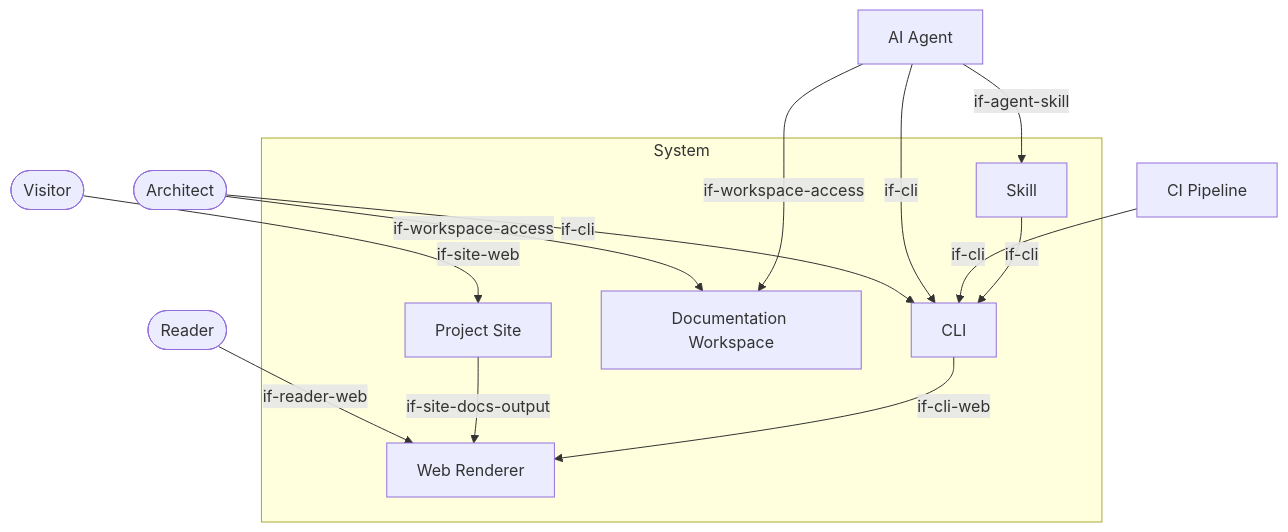
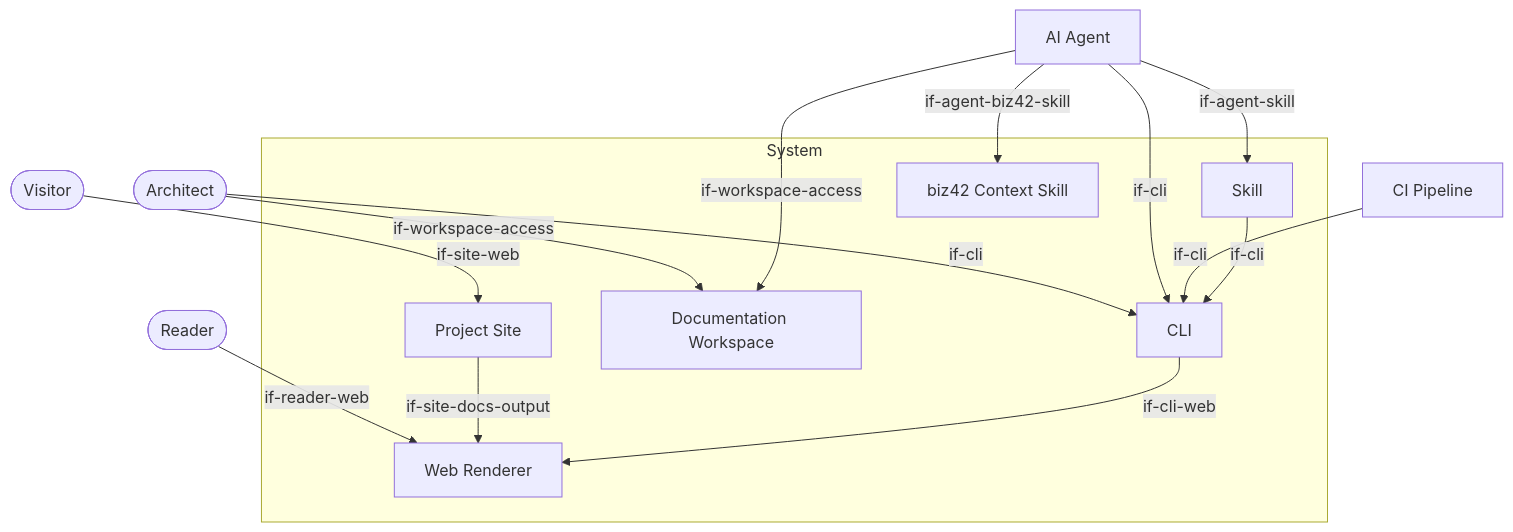
The diagram in docs/arc42/03-system-context.arc42.md (docToolchain/arc42-language), drawn with Mermaid before and after one commit. The commit also changed other lines of this file and 3 other files, not shown here.

First line of the commit message:
docs: add biz42 context skill to architecture model

````diff
--- a/docs/arc42/03-system-context.arc42.md
+++ b/docs/arc42/03-system-context.arc42.md
@@ -15,28 +15,30 @@
 ```mermaid
 graph TD
     actor-architect(["Architect"])
     actor-agent["AI Agent"]
     actor-ci["CI Pipeline"]
     actor-reader(["Reader"])
     actor-visitor(["Visitor"])
 
     subgraph system["System"]
         bb-cli["CLI"]
         bb-skill["Skill"]
+        bb-skill-biz42-context["biz42 Context Skill"]
         bb-web-renderer["Web Renderer"]
         bb-workspace["Documentation Workspace"]
         bb-site["Project Site"]
     end
 
     actor-architect -->|"if-cli"| bb-cli
     actor-architect -->|"if-workspace-access"| bb-workspace
     actor-agent -->|"if-cli"| bb-cli
     actor-agent -->|"if-workspace-access"| bb-workspace
     actor-agent -->|"if-agent-skill"| bb-skill
+    actor-agent -->|"if-agent-biz42-skill"| bb-skill-biz42-context
     actor-ci -->|"if-cli"| bb-cli
     actor-reader -->|"if-reader-web"| bb-web-renderer
     actor-visitor -->|"if-site-web"| bb-site
     bb-site -->|"if-site-docs-output"| bb-web-renderer
     bb-skill -->|"if-cli"| bb-cli
     bb-cli -->|"if-cli-web"| bb-web-renderer
 ```
````
